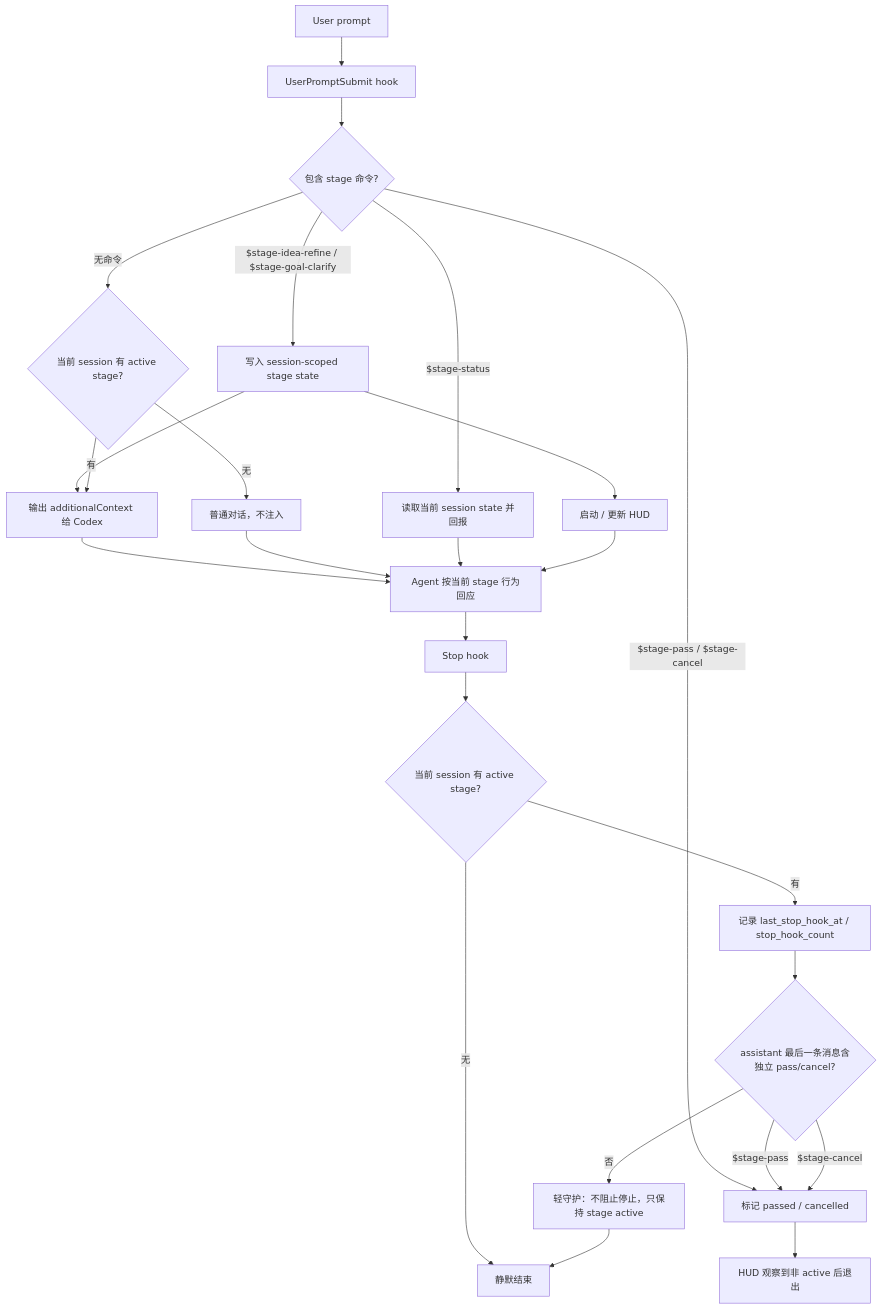
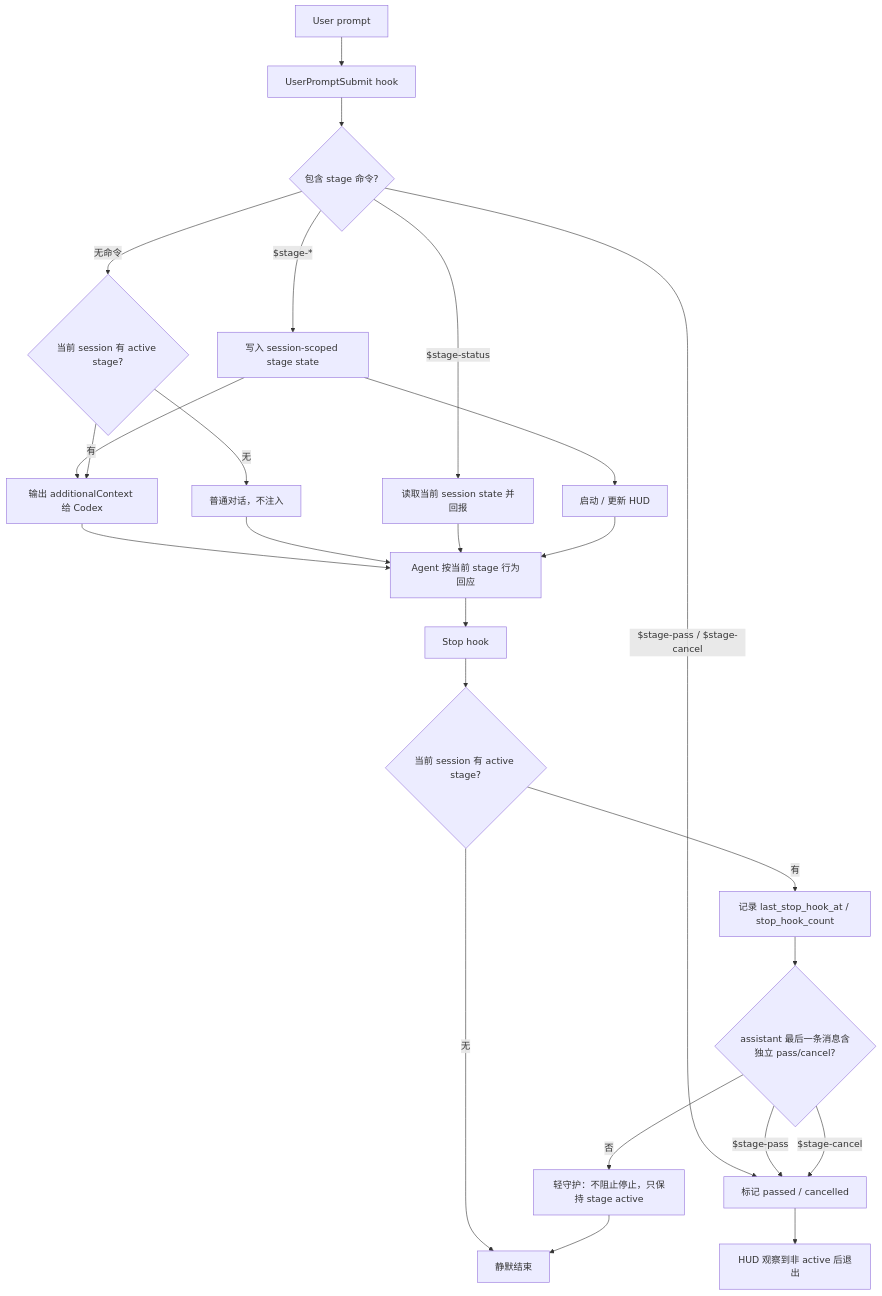
Before and after one commit to riemac/labflow: the diagram in plugins/labflow/prompts/stage-AGENTS.md, drawn with Mermaid. The commit also changed 11 other files, not shown here.

````diff
--- a/plugins/labflow/prompts/stage-AGENTS.md
+++ b/plugins/labflow/prompts/stage-AGENTS.md
@@ -31,32 +31,32 @@
 ```mermaid
 flowchart TD
     U[User prompt] --> UPS[UserPromptSubmit hook]
 
     UPS --> HasCmd{包含 stage 命令?}
-    HasCmd -->|$stage-idea-refine / $stage-goal-clarify| Enter[写入 session-scoped stage state]
+    HasCmd -->|$stage-*| Enter[写入 session-scoped stage state]
     Enter --> HUDStart[启动 / 更新 HUD]
     Enter --> Inject[输出 additionalContext 给 Codex]
 
     HasCmd -->|$stage-status| Status[读取当前 session state 并回报]
     HasCmd -->|$stage-pass / $stage-cancel| Finish[标记 passed / cancelled]
     Finish --> HUDStop[HUD 观察到非 active 后退出]
 
     HasCmd -->|无命令| CheckActive{当前 session 有 active stage?}
     CheckActive -->|有| Inject
     CheckActive -->|无| Normal[普通对话，不注入]
 
     Inject --> Agent[Agent 按当前 stage 行为回应]
     Normal --> Agent
     Status --> Agent
     HUDStart --> Agent
 
     Agent --> StopHook[Stop hook]
     StopHook --> StopActive{当前 session 有 active stage?}
     StopActive -->|无| Silent[静默结束]
     StopActive -->|有| Heartbeat[记录 last_stop_hook_at / stop_hook_count]
     Heartbeat --> Guard{assistant 最后一条消息含独立 pass/cancel?}
     Guard -->|$stage-pass| Finish
     Guard -->|$stage-cancel| Finish
     Guard -->|否| Reminder[轻守护：不阻止停止，只保持 stage active]
     Reminder --> Silent
 ```
````
